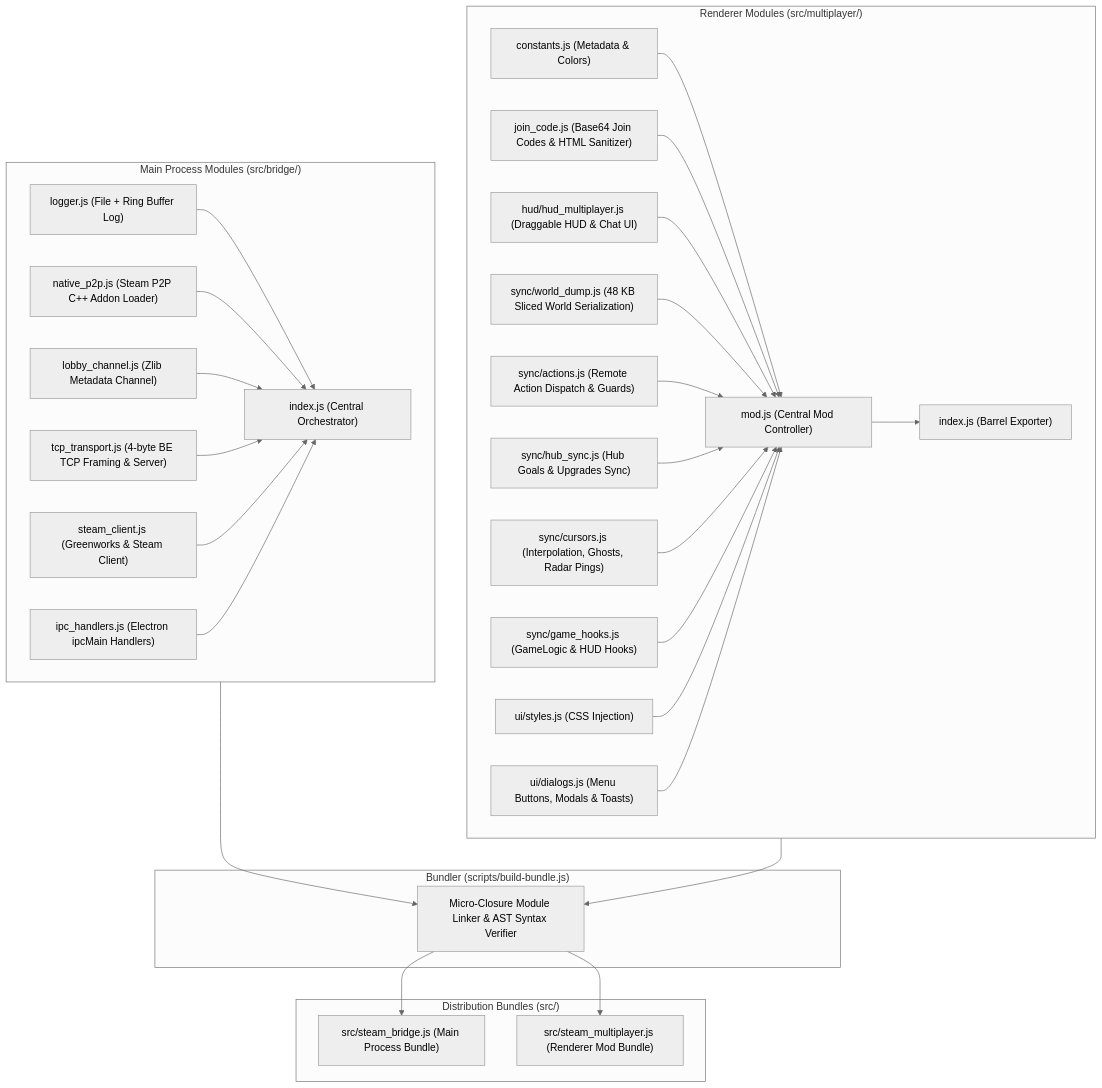
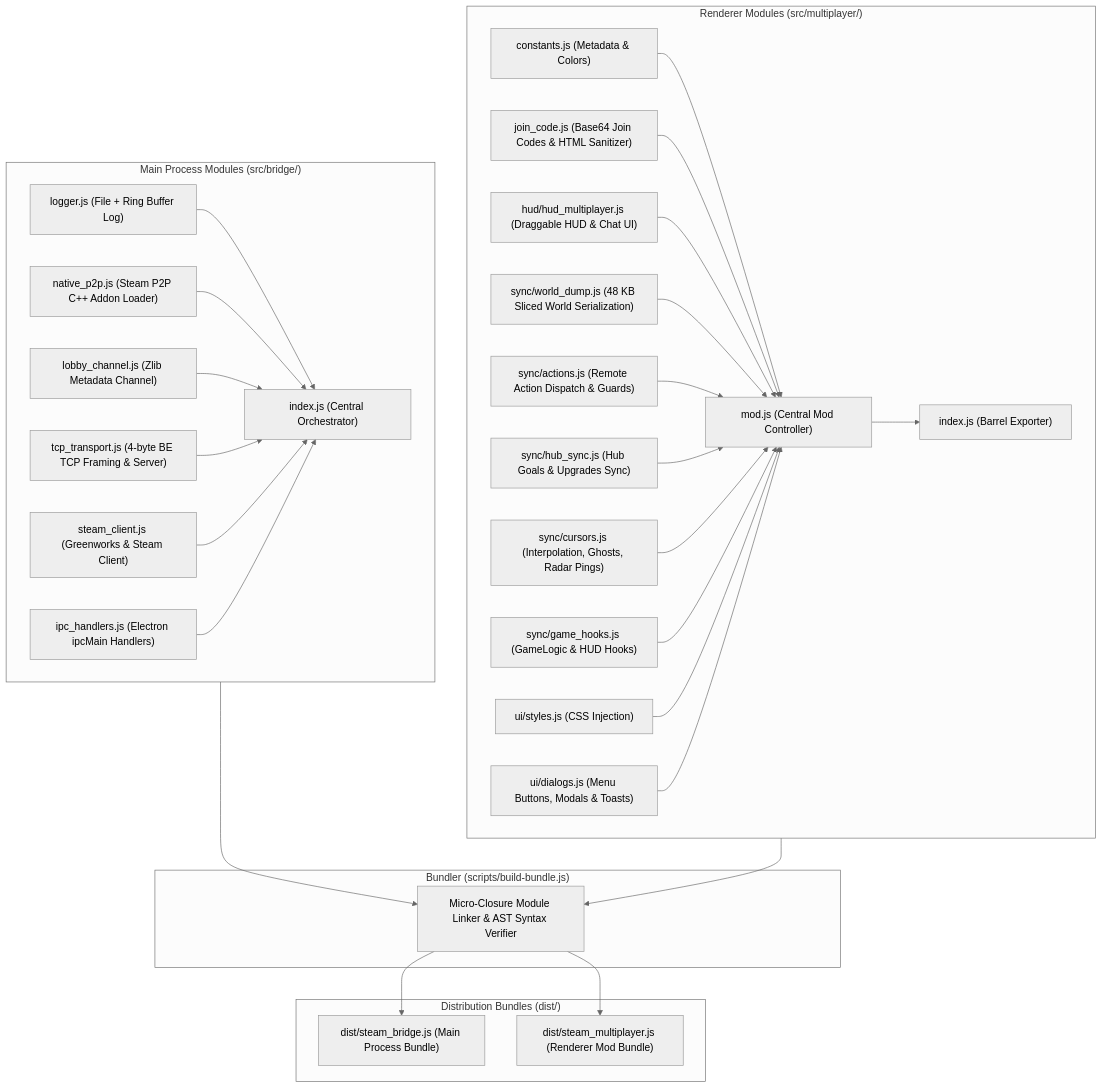
The second of 2 diagrams in docs/technical-design/architecture.md (mjyousif/shapez-steam-multiplayer-mod), drawn with Mermaid (neutral theme) before and after one commit. The commit also changed 9 other files, not shown here.

Commit message:
refactor(build): direct all generated bundle outputs to dist/ instead of src/

````diff
--- a/docs/technical-design/architecture.md
+++ b/docs/technical-design/architecture.md
@@ -169,43 +169,43 @@
 ```mermaid
 flowchart TD
     subgraph ModularBridge["Main Process Modules (src/bridge/)"]
         B1["logger.js (File + Ring Buffer Log)"]
         B2["native_p2p.js (Steam P2P C++ Addon Loader)"]
         B3["lobby_channel.js (Zlib Metadata Channel)"]
         B4["tcp_transport.js (4-byte BE TCP Framing & Server)"]
         B5["steam_client.js (Greenworks & Steam Client)"]
         B6["ipc_handlers.js (Electron ipcMain Handlers)"]
         B7["index.js (Central Orchestrator)"]
 
         B1 & B2 & B3 & B4 & B5 & B6 --> B7
     end
 
     subgraph ModularMod["Renderer Modules (src/multiplayer/)"]
         M1["constants.js (Metadata & Colors)"]
         M2["join_code.js (Base64 Join Codes & HTML Sanitizer)"]
         M3["hud/hud_multiplayer.js (Draggable HUD & Chat UI)"]
         M4["sync/world_dump.js (48 KB Sliced World Serialization)"]
         M5["sync/actions.js (Remote Action Dispatch & Guards)"]
         M6["sync/hub_sync.js (Hub Goals & Upgrades Sync)"]
         M7["sync/cursors.js (Interpolation, Ghosts, Radar Pings)"]
         M8["sync/game_hooks.js (GameLogic & HUD Hooks)"]
         M9["ui/styles.js (CSS Injection)"]
         M10["ui/dialogs.js (Menu Buttons, Modals & Toasts)"]
         M11["mod.js (Central Mod Controller)"]
         M12["index.js (Barrel Exporter)"]
 
         M1 & M2 & M3 & M4 & M5 & M6 & M7 & M8 & M9 & M10 --> M11 --> M12
     end
 
     subgraph Bundler["Bundler (scripts/build-bundle.js)"]
         BB["Micro-Closure Module Linker & AST Syntax Verifier"]
     end
 
-    subgraph Distribution["Distribution Bundles (src/)"]
-        DistBridge["src/steam_bridge.js (Main Process Bundle)"]
-        DistMod["src/steam_multiplayer.js (Renderer Mod Bundle)"]
+    subgraph Distribution["Distribution Bundles (dist/)"]
+        DistBridge["dist/steam_bridge.js (Main Process Bundle)"]
+        DistMod["dist/steam_multiplayer.js (Renderer Mod Bundle)"]
     end
 
     ModularBridge --> BB --> DistBridge
     ModularMod --> BB --> DistMod
 ```
````
